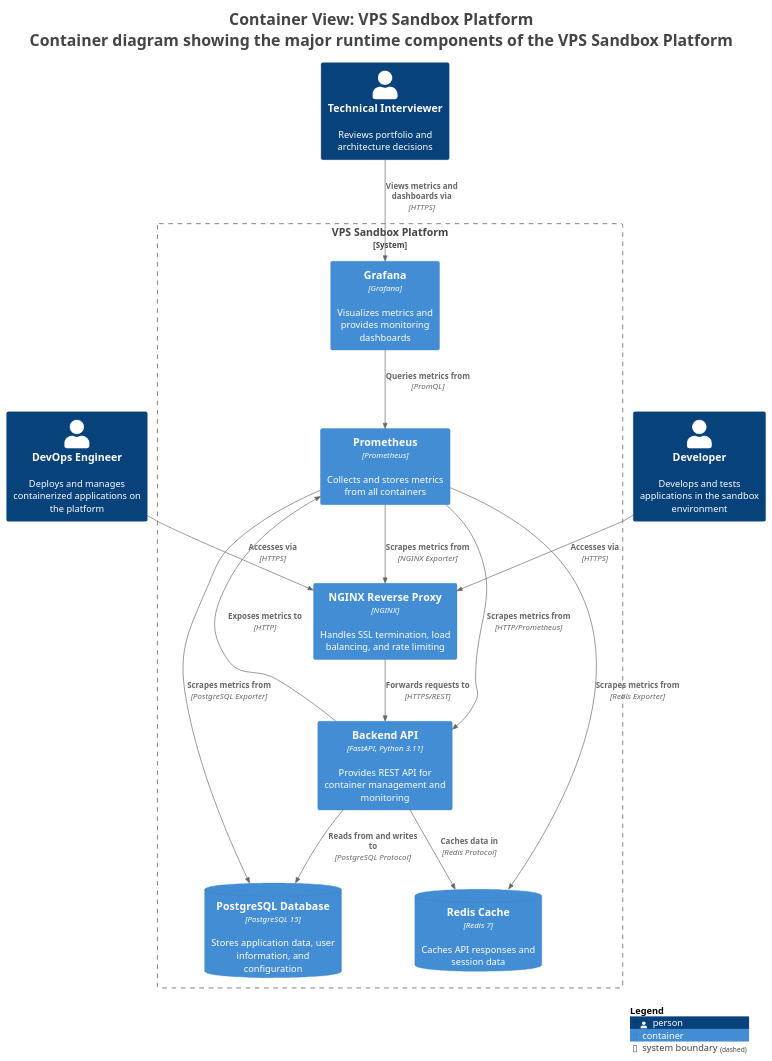
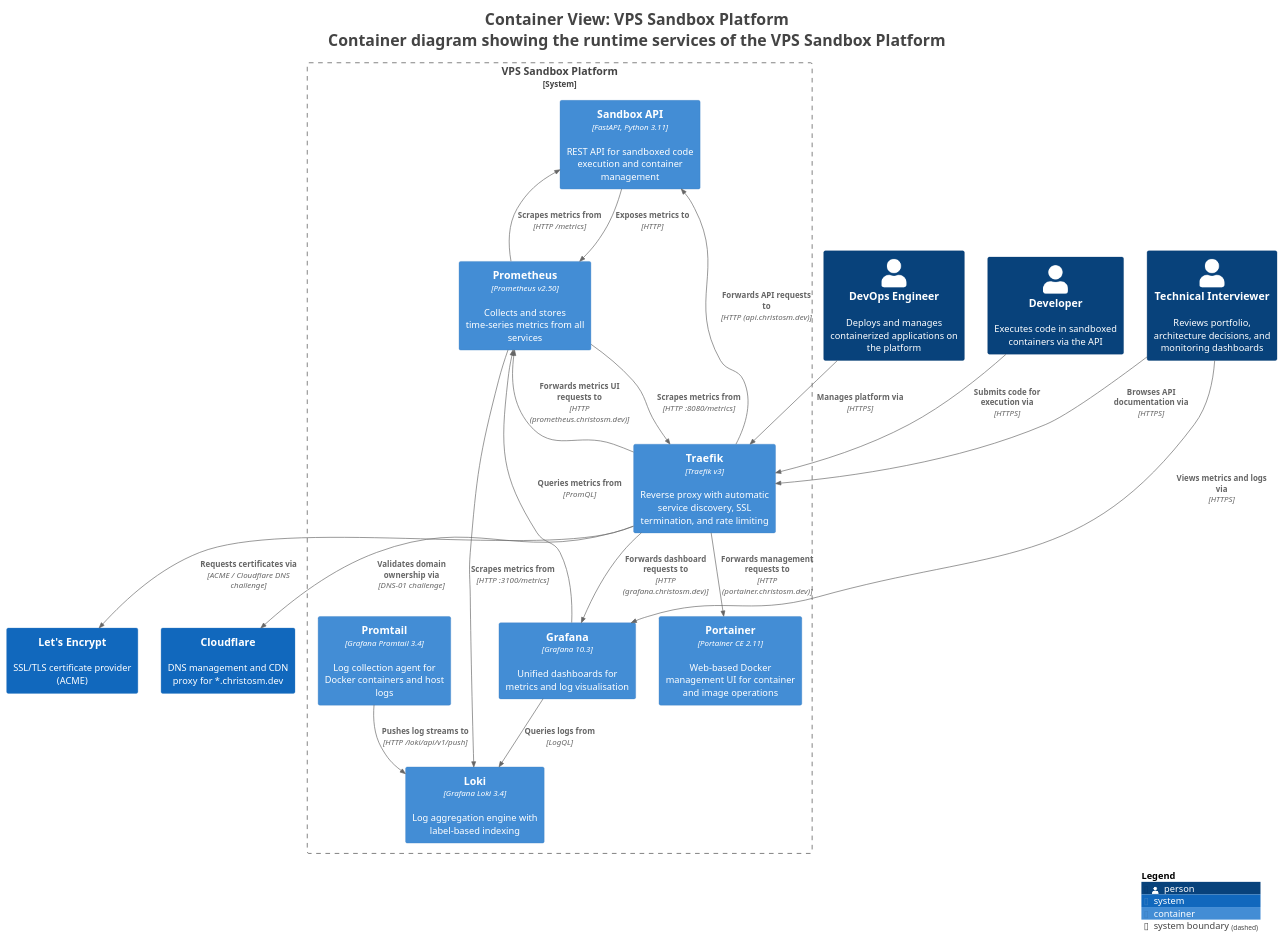
One commit to christosm-dev/portfolio changed the diagram in vps-sandbox-c4-architecture/exports/puml/structurizr-Containers.puml. Above: the diagram before and after it, drawn with PlantUML. The commit also changed 21 other files, not shown here.

First line of the commit message:
Rework C4 architecture to match deployed VPS stack

```diff
--- a/vps-sandbox-c4-architecture/exports/puml/structurizr-Containers.puml
+++ b/vps-sandbox-c4-architecture/exports/puml/structurizr-Containers.puml
@@ -1,46 +1,54 @@
 @startuml
-title <size:24>Container View: VPS Sandbox Platform</size>\n<size:24>Container diagram showing the major runtime components of the VPS Sandbox Platform</size>
+title <size:24>Container View: VPS Sandbox Platform</size>\n<size:24>Container diagram showing the runtime services of the VPS Sandbox Platform</size>
 
 set separator none
 top to bottom direction
 
 <style>
   root {
     BackgroundColor: #ffffff
     FontColor: #444444
   }
 </style>
 
 !include <C4/C4>
 !include <C4/C4_Context>
 !include <C4/C4_Container>
 
 Person(DevOpsEngineer, "DevOps Engineer", $descr="Deploys and manages containerized applications on the platform", $tags="", $link="")
-Person(Developer, "Developer", $descr="Develops and tests applications in the sandbox environment", $tags="", $link="")
-Person(TechnicalInterviewer, "Technical Interviewer", $descr="Reviews portfolio and architecture decisions", $tags="", $link="")
+Person(Developer, "Developer", $descr="Executes code in sandboxed containers via the API", $tags="", $link="")
+Person(TechnicalInterviewer, "Technical Interviewer", $descr="Reviews portfolio, architecture decisions, and monitoring dashboards", $tags="", $link="")
+System(LetsEncrypt, "Let's Encrypt", $descr="SSL/TLS certificate provider (ACME)", $tags="", $link="")
+System(Cloudflare, "Cloudflare", $descr="DNS management and CDN proxy for *.christosm.dev", $tags="", $link="")
 
 System_Boundary("VPSSandboxPlatform_boundary", "VPS Sandbox Platform", $tags="") {
-  ContainerDb(VPSSandboxPlatform.PostgreSQLDatabase, "PostgreSQL Database", $techn="PostgreSQL 15", $descr="Stores application data, user information, and configuration", $tags="", $link="")
-  ContainerDb(VPSSandboxPlatform.RedisCache, "Redis Cache", $techn="Redis 7", $descr="Caches API responses and session data", $tags="", $link="")
-  Container(VPSSandboxPlatform.Prometheus, "Prometheus", $techn="Prometheus", $descr="Collects and stores metrics from all containers", $tags="", $link="")
-  Container(VPSSandboxPlatform.Grafana, "Grafana", $techn="Grafana", $descr="Visualizes metrics and provides monitoring dashboards", $tags="", $link="")
-  Container(VPSSandboxPlatform.NGINXReverseProxy, "NGINX Reverse Proxy", $techn="NGINX", $descr="Handles SSL termination, load balancing, and rate limiting", $tags="", $link="")
-  Container(VPSSandboxPlatform.BackendAPI, "Backend API", $techn="FastAPI, Python 3.11", $descr="Provides REST API for container management and monitoring", $tags="", $link="")
+  Container(VPSSandboxPlatform.SandboxAPI, "Sandbox API", $techn="FastAPI, Python 3.11", $descr="REST API for sandboxed code execution and container management", $tags="", $link="")
+  Container(VPSSandboxPlatform.Prometheus, "Prometheus", $techn="Prometheus v2.50", $descr="Collects and stores time-series metrics from all services", $tags="", $link="")
+  Container(VPSSandboxPlatform.Grafana, "Grafana", $techn="Grafana 10.3", $descr="Unified dashboards for metrics and log visualisation", $tags="", $link="")
+  Container(VPSSandboxPlatform.Loki, "Loki", $techn="Grafana Loki 3.4", $descr="Log aggregation engine with label-based indexing", $tags="", $link="")
+  Container(VPSSandboxPlatform.Promtail, "Promtail", $techn="Grafana Promtail 3.4", $descr="Log collection agent for Docker containers and host logs", $tags="", $link="")
+  Container(VPSSandboxPlatform.Portainer, "Portainer", $techn="Portainer CE 2.11", $descr="Web-based Docker management UI for container and image operations", $tags="", $link="")
+  Container(VPSSandboxPlatform.Traefik, "Traefik", $techn="Traefik v3", $descr="Reverse proxy with automatic service discovery, SSL termination, and rate limiting", $tags="", $link="")
 }
 
-Rel(DevOpsEngineer, VPSSandboxPlatform.NGINXReverseProxy, "Accesses via", $techn="HTTPS", $tags="", $link="")
-Rel(Developer, VPSSandboxPlatform.NGINXReverseProxy, "Accesses via", $techn="HTTPS", $tags="", $link="")
-Rel(TechnicalInterviewer, VPSSandboxPlatform.Grafana, "Views metrics and dashboards via", $techn="HTTPS", $tags="", $link="")
-Rel(VPSSandboxPlatform.NGINXReverseProxy, VPSSandboxPlatform.BackendAPI, "Forwards requests to", $techn="HTTPS/REST", $tags="", $link="")
-Rel(VPSSandboxPlatform.BackendAPI, VPSSandboxPlatform.PostgreSQLDatabase, "Reads from and writes to", $techn="PostgreSQL Protocol", $tags="", $link="")
-Rel(VPSSandboxPlatform.BackendAPI, VPSSandboxPlatform.RedisCache, "Caches data in", $techn="Redis Protocol", $tags="", $link="")
-Rel(VPSSandboxPlatform.Prometheus, VPSSandboxPlatform.BackendAPI, "Scrapes metrics from", $techn="HTTP/Prometheus", $tags="", $link="")
-Rel(VPSSandboxPlatform.Prometheus, VPSSandboxPlatform.PostgreSQLDatabase, "Scrapes metrics from", $techn="PostgreSQL Exporter", $tags="", $link="")
-Rel(VPSSandboxPlatform.Prometheus, VPSSandboxPlatform.RedisCache, "Scrapes metrics from", $techn="Redis Exporter", $tags="", $link="")
-Rel(VPSSandboxPlatform.Prometheus, VPSSandboxPlatform.NGINXReverseProxy, "Scrapes metrics from", $techn="NGINX Exporter", $tags="", $link="")
+Rel(DevOpsEngineer, VPSSandboxPlatform.Traefik, "Manages platform via", $techn="HTTPS", $tags="", $link="")
+Rel(Developer, VPSSandboxPlatform.Traefik, "Submits code for execution via", $techn="HTTPS", $tags="", $link="")
+Rel(TechnicalInterviewer, VPSSandboxPlatform.Grafana, "Views metrics and logs via", $techn="HTTPS", $tags="", $link="")
+Rel(TechnicalInterviewer, VPSSandboxPlatform.Traefik, "Browses API documentation via", $techn="HTTPS", $tags="", $link="")
+Rel(VPSSandboxPlatform.Traefik, VPSSandboxPlatform.SandboxAPI, "Forwards API requests to", $techn="HTTP (api.christosm.dev)", $tags="", $link="")
+Rel(VPSSandboxPlatform.Traefik, VPSSandboxPlatform.Grafana, "Forwards dashboard requests to", $techn="HTTP (grafana.christosm.dev)", $tags="", $link="")
+Rel(VPSSandboxPlatform.Traefik, VPSSandboxPlatform.Prometheus, "Forwards metrics UI requests to", $techn="HTTP (prometheus.christosm.dev)", $tags="", $link="")
+Rel(VPSSandboxPlatform.Traefik, VPSSandboxPlatform.Portainer, "Forwards management requests to", $techn="HTTP (portainer.christosm.dev)", $tags="", $link="")
+Rel(VPSSandboxPlatform.Traefik, LetsEncrypt, "Requests certificates via", $techn="ACME / Cloudflare DNS challenge", $tags="", $link="")
+Rel(VPSSandboxPlatform.Traefik, Cloudflare, "Validates domain ownership via", $techn="DNS-01 challenge", $tags="", $link="")
+Rel(VPSSandboxPlatform.Prometheus, VPSSandboxPlatform.SandboxAPI, "Scrapes metrics from", $techn="HTTP /metrics", $tags="", $link="")
+Rel(VPSSandboxPlatform.Prometheus, VPSSandboxPlatform.Traefik, "Scrapes metrics from", $techn="HTTP :8080/metrics", $tags="", $link="")
+Rel(VPSSandboxPlatform.Prometheus, VPSSandboxPlatform.Loki, "Scrapes metrics from", $techn="HTTP :3100/metrics", $tags="", $link="")
 Rel(VPSSandboxPlatform.Grafana, VPSSandboxPlatform.Prometheus, "Queries metrics from", $techn="PromQL", $tags="", $link="")
-Rel(VPSSandboxPlatform.BackendAPI, VPSSandboxPlatform.Prometheus, "Exposes metrics to", $techn="HTTP", $tags="", $link="")
+Rel(VPSSandboxPlatform.Grafana, VPSSandboxPlatform.Loki, "Queries logs from", $techn="LogQL", $tags="", $link="")
+Rel(VPSSandboxPlatform.Promtail, VPSSandboxPlatform.Loki, "Pushes log streams to", $techn="HTTP /loki/api/v1/push", $tags="", $link="")
+Rel(VPSSandboxPlatform.SandboxAPI, VPSSandboxPlatform.Prometheus, "Exposes metrics to", $techn="HTTP", $tags="", $link="")
 
 SHOW_LEGEND(true)
 hide stereotypes
 @enduml
```
